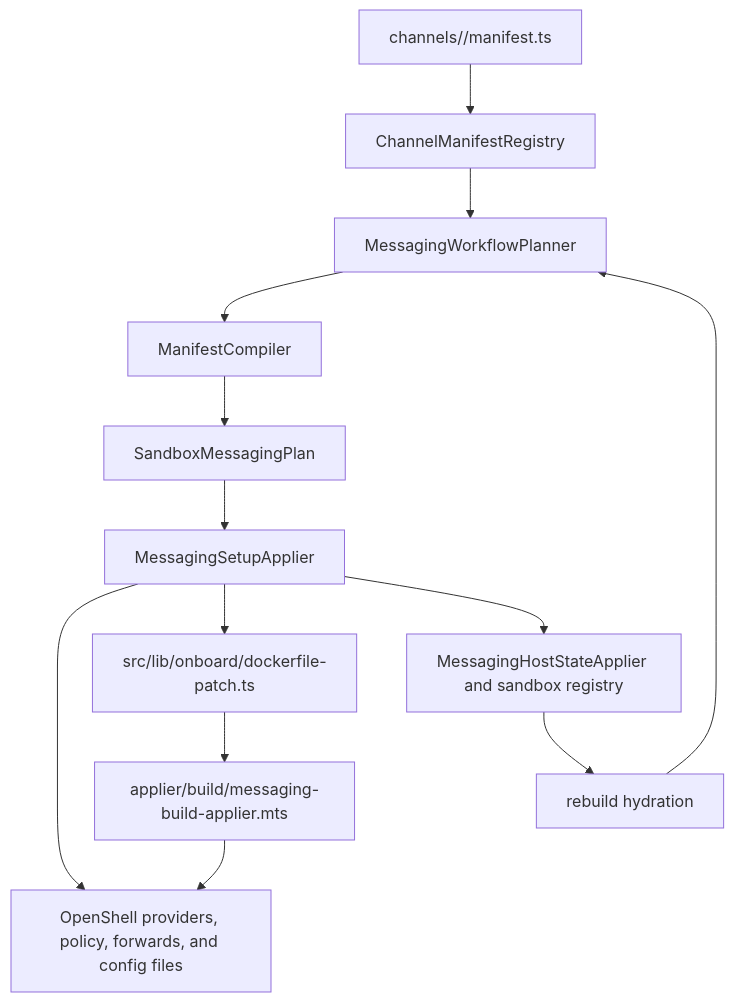
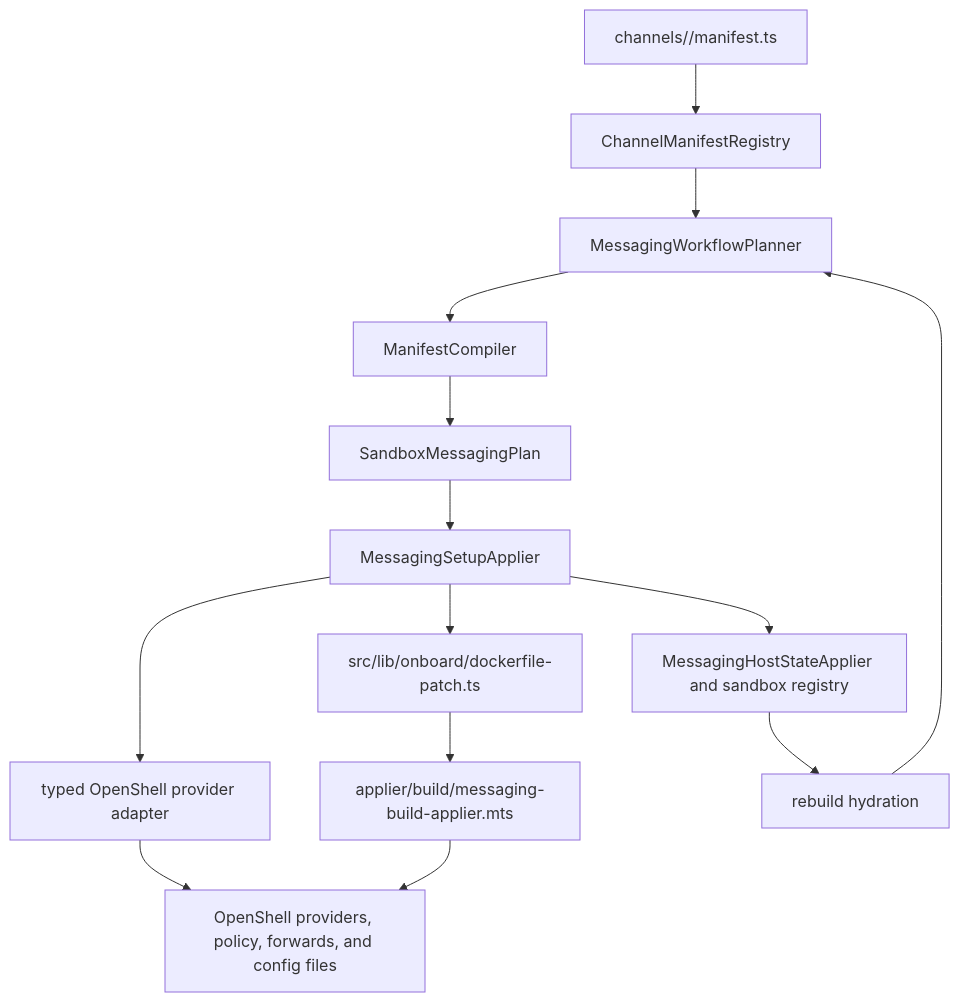
One commit to NVIDIA/NemoClaw changed the first of 3 diagrams in src/lib/messaging/README.md. Above: the diagram before and after it, drawn with Mermaid. The commit also changed other lines of this file and 30 other files, not shown here.

Commit message:
fix(messaging): complete typed provider lifecycle

````diff
--- a/src/lib/messaging/README.md
+++ b/src/lib/messaging/README.md
@@ -14,27 +14,29 @@
 ```mermaid
 flowchart TD
   manifest["channels/<channel>/manifest.ts"]
   registry["ChannelManifestRegistry"]
   planner["MessagingWorkflowPlanner"]
   compiler["ManifestCompiler"]
   plan["SandboxMessagingPlan"]
   setup["MessagingSetupApplier"]
+  provider["typed OpenShell provider adapter"]
   dockerfile["src/lib/onboard/dockerfile-patch.ts"]
   build["applier/build/messaging-build-applier.mts"]
   openshell["OpenShell providers, policy, forwards, and config files"]
   state["MessagingHostStateApplier and sandbox registry"]
   rebuild["rebuild hydration"]
 
   manifest --> registry
   registry --> planner
   planner --> compiler
   compiler --> plan
   plan --> setup
-  setup --> openshell
+  setup --> provider
+  provider --> openshell
   setup --> dockerfile
   dockerfile --> build
   build --> openshell
   setup --> state
   state --> rebuild
   rebuild --> planner
 ```
````
